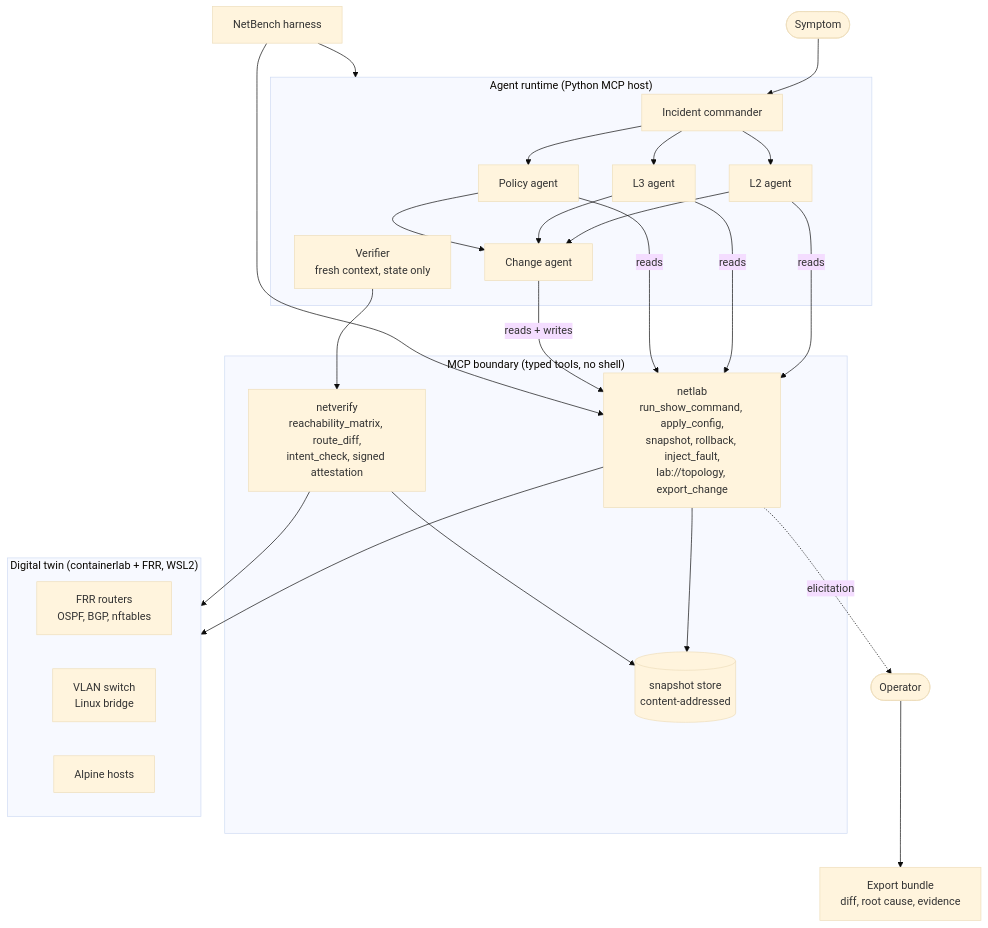
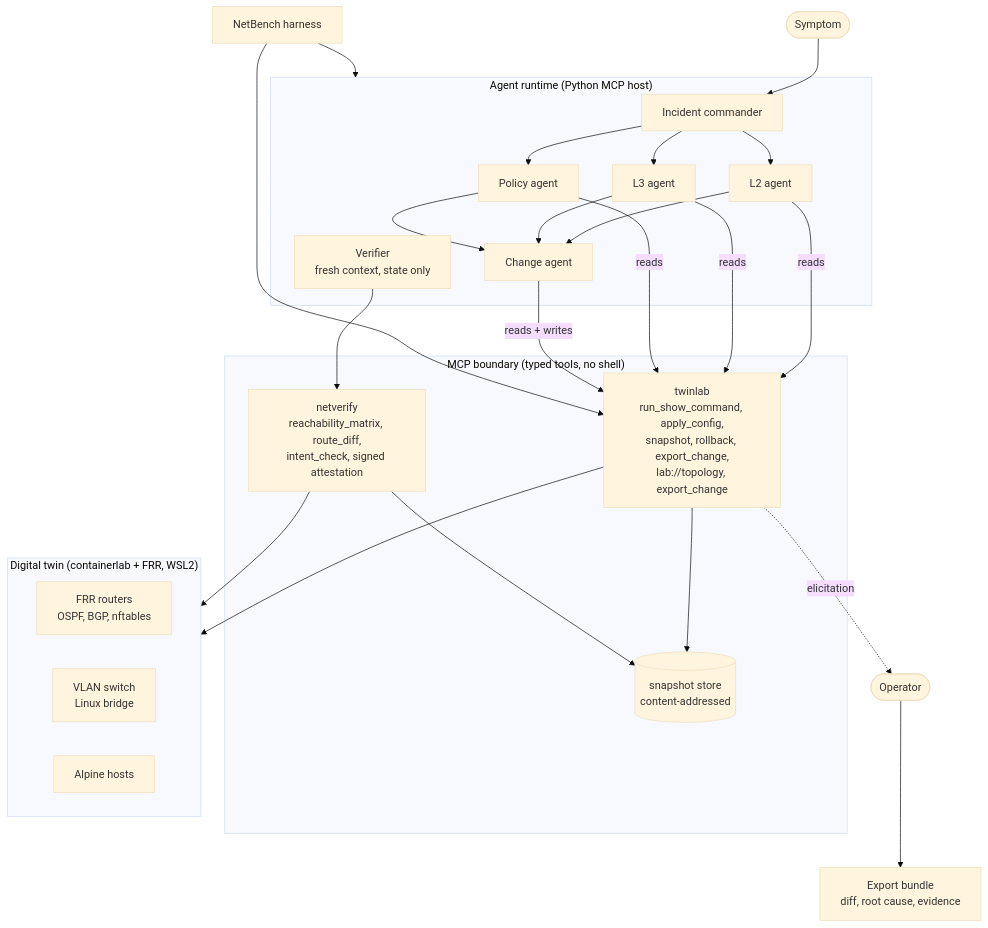
Before and after one commit to sramireddy2/NetTwin: the first of 2 diagrams in docs/design.md, drawn with Mermaid (base theme). The commit also changed other lines of this file and 1 other file, not shown here.

First line of the commit message:
docs(design): name the twin server twinlab throughout (#18)

````diff
--- a/docs/design.md
+++ b/docs/design.md
@@ -12,35 +12,35 @@
 ```mermaid
 flowchart TB
   SYM([Symptom]) --> IC
   subgraph HOST["Agent runtime (Python MCP host)"]
     IC[Incident commander]
     L2[L2 agent]
     L3[L3 agent]
     POL[Policy agent]
     CA[Change agent]
     VER[Verifier<br/>fresh context, state only]
     IC --> L2 & L3 & POL
     L2 & L3 & POL --> CA
   end
   subgraph MCP["MCP boundary (typed tools, no shell)"]
-    NL[netlab<br/>run_show_command, apply_config,<br/>snapshot, rollback, inject_fault,<br/>lab://topology, export_change]
+    NL[twinlab<br/>run_show_command, apply_config,<br/>snapshot, rollback, export_change,<br/>lab://topology, export_change]
     NV[netverify<br/>reachability_matrix, route_diff,<br/>intent_check, signed attestation]
     SS[(snapshot store<br/>content-addressed)]
   end
   subgraph TWIN["Digital twin (containerlab + FRR, WSL2)"]
     FRR[FRR routers<br/>OSPF, BGP, nftables]
     SW[VLAN switch<br/>Linux bridge]
     H[Alpine hosts]
   end
   L2 & L3 & POL -->|reads| NL
   CA -->|reads + writes| NL
   VER --> NV
   NL --> SS
   NV --> SS
   NL --> TWIN
   NV --> TWIN
   NL -.->|elicitation| OP([Operator])
   OP --> EXP[Export bundle<br/>diff, root cause, evidence]
   NB[NetBench harness] --> NL
   NB --> HOST
 ```
````
